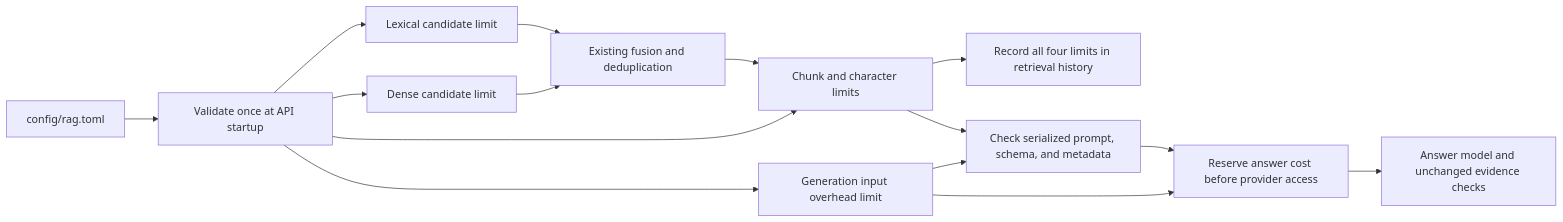
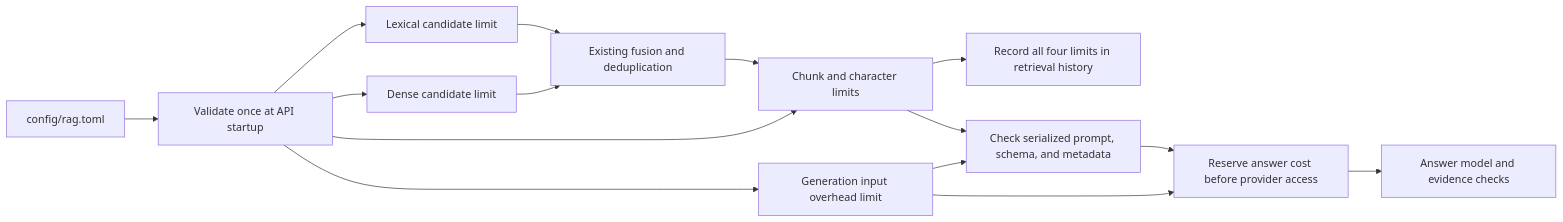
Before and after one commit to rnkraus/investment-research: the diagram in config/README.md, drawn with Mermaid. The commit also changed other lines of this file and 15 other files, not shown here.

````diff
--- a/config/README.md
+++ b/config/README.md
@@ -20,17 +20,17 @@
 ```mermaid
 flowchart LR
     T[config/rag.toml] --> V[Validate once at API startup]
     V --> L[Lexical candidate limit]
     V --> D[Dense candidate limit]
     L --> F[Existing fusion and deduplication]
     D --> F
     V --> C[Chunk and character limits]
     F --> C
     C --> H[Record all four limits in retrieval history]
     V --> O[Generation input overhead limit]
     O --> P[Check serialized prompt, schema, and metadata]
     O --> R[Reserve answer cost before provider access]
     C --> P
     P --> R
-    R --> G[Answer model and unchanged evidence checks]
+    R --> G[Answer model and evidence checks]
 ```
````
